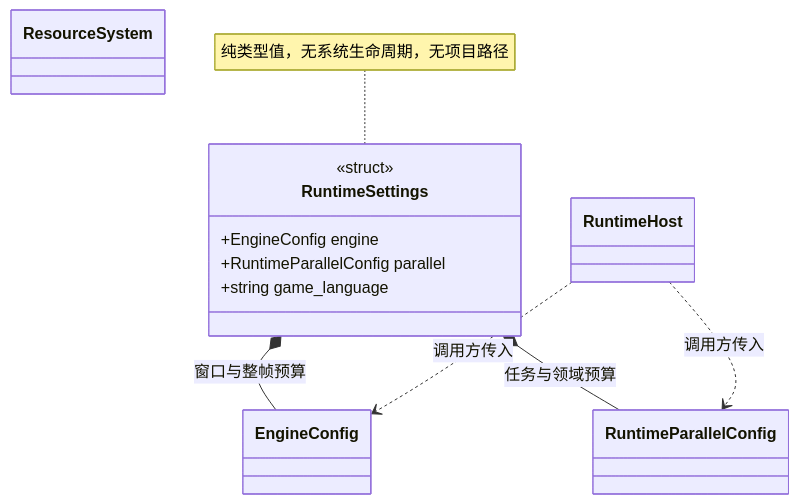
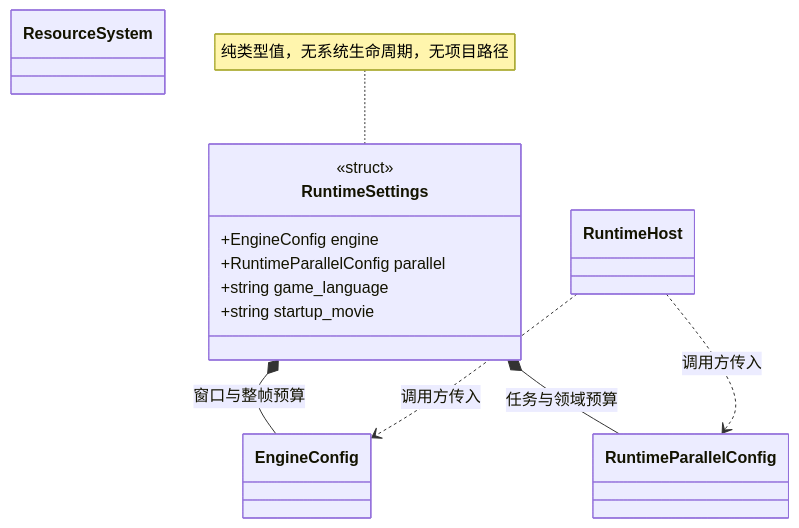
One commit to lcals/Engine changed the diagram in docs/runtime/class-diagrams/runtime-settings.md. Above: the diagram before and after it, drawn with Mermaid. The commit also changed other lines of this file and 95 other files, not shown here.

````diff
--- a/docs/runtime/class-diagrams/runtime-settings.md
+++ b/docs/runtime/class-diagrams/runtime-settings.md
@@ -9,18 +8,19 @@
 ```mermaid
 classDiagram
     class RuntimeSettings {
         <<struct>>
         +EngineConfig engine
         +RuntimeParallelConfig parallel
         +string game_language
+        +string startup_movie
     }
     class EngineConfig
     class RuntimeParallelConfig
     class RuntimeHost
     class ResourceSystem
     RuntimeSettings *-- EngineConfig : 窗口与整帧预算
     RuntimeSettings *-- RuntimeParallelConfig : 任务与领域预算
     RuntimeHost ..> EngineConfig : 调用方传入
     RuntimeHost ..> RuntimeParallelConfig : 调用方传入
     note for RuntimeSettings "纯类型值，无系统生命周期，无项目路径"
 ```
````
